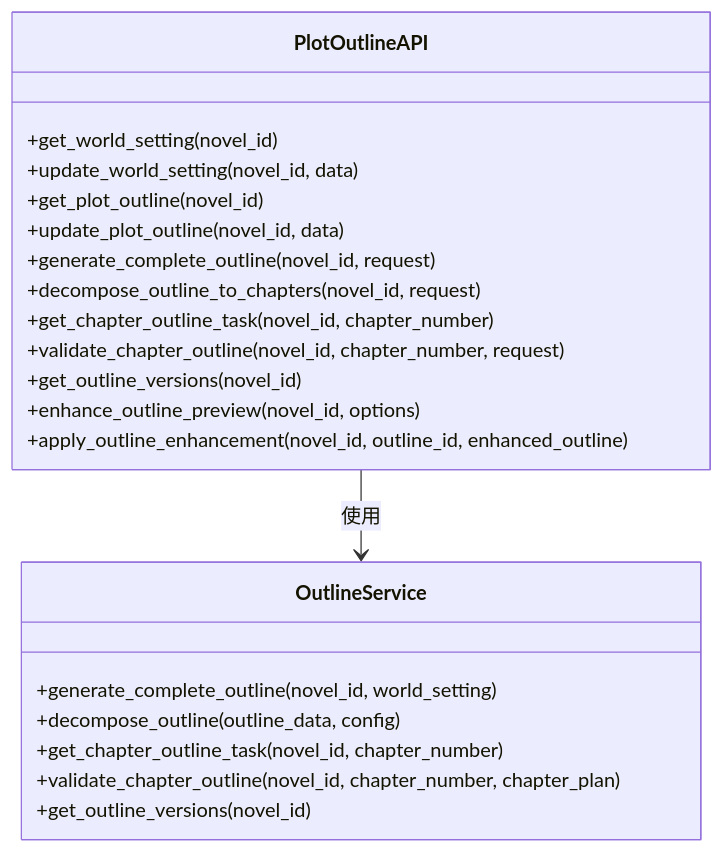
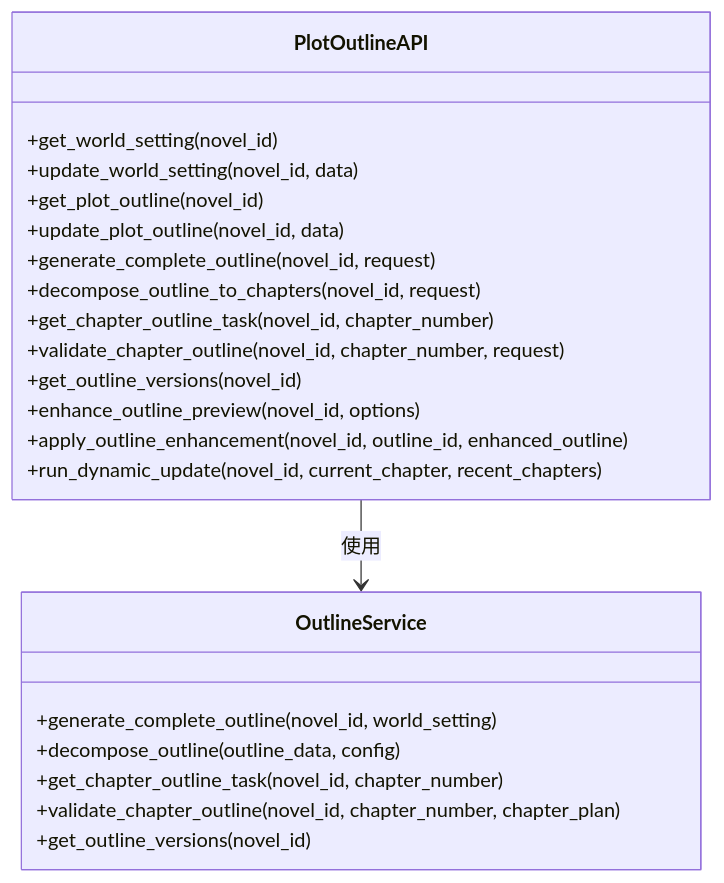
Before and after one commit to xfbyxq/ai-novel-system: the fourth of 13 diagrams in .qoder/repowiki/zh/content/API接口文档/大纲管理API.md, drawn with Mermaid. The commit also changed other lines of this file and 43 other files, not shown here.

````diff
--- a/.qoder/repowiki/zh/content/API接口文档/大纲管理API.md
+++ b/.qoder/repowiki/zh/content/API接口文档/大纲管理API.md
@@ -188,24 +203,25 @@
 ```mermaid
 classDiagram
 class PlotOutlineAPI {
 +get_world_setting(novel_id)
 +update_world_setting(novel_id, data)
 +get_plot_outline(novel_id)
 +update_plot_outline(novel_id, data)
 +generate_complete_outline(novel_id, request)
 +decompose_outline_to_chapters(novel_id, request)
 +get_chapter_outline_task(novel_id, chapter_number)
 +validate_chapter_outline(novel_id, chapter_number, request)
 +get_outline_versions(novel_id)
 +enhance_outline_preview(novel_id, options)
 +apply_outline_enhancement(novel_id, outline_id, enhanced_outline)
++run_dynamic_update(novel_id, current_chapter, recent_chapters)
 }
 class OutlineService {
 +generate_complete_outline(novel_id, world_setting)
 +decompose_outline(outline_data, config)
 +get_chapter_outline_task(novel_id, chapter_number)
 +validate_chapter_outline(novel_id, chapter_number, chapter_plan)
 +get_outline_versions(novel_id)
 }
 PlotOutlineAPI --> OutlineService : 使用
 ```
````
